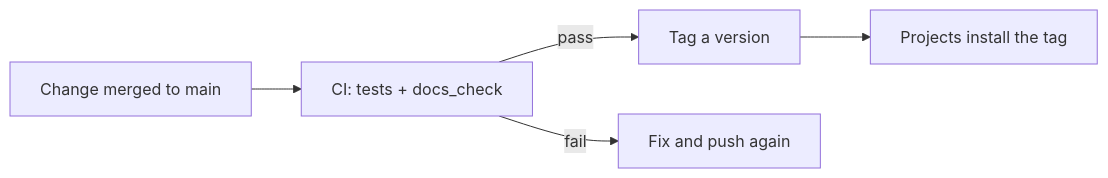
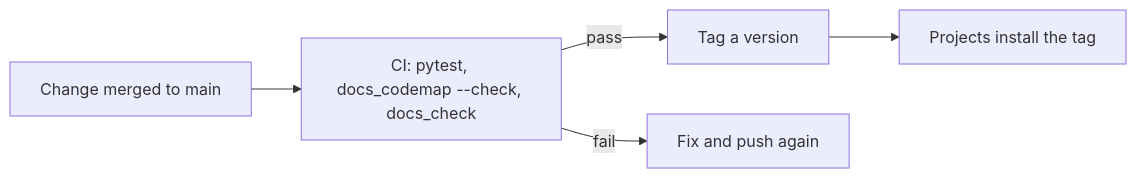
Before and after one commit to AADigitalBusiness/AAD-docs: the diagram in docs/08-operations.md, drawn with Mermaid. The commit also changed other lines of this file and 18 other files, not shown here.

````diff
--- a/docs/08-operations.md
+++ b/docs/08-operations.md
@@ -5,7 +5,7 @@
 ```mermaid
 flowchart LR
-    change["Change merged to main"] --> check["CI: tests + docs_check"]
+    change["Change merged to main"] --> check["CI: pytest, docs_codemap --check, docs_check"]
     check -- pass --> tag["Tag a version"]
     check -- fail --> fix["Fix and push again"]
     tag --> install["Projects install the tag"]
 ```
````
